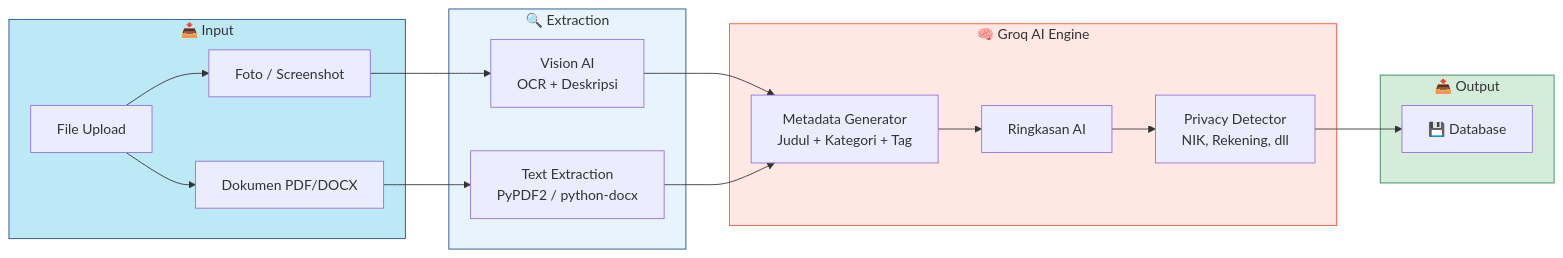
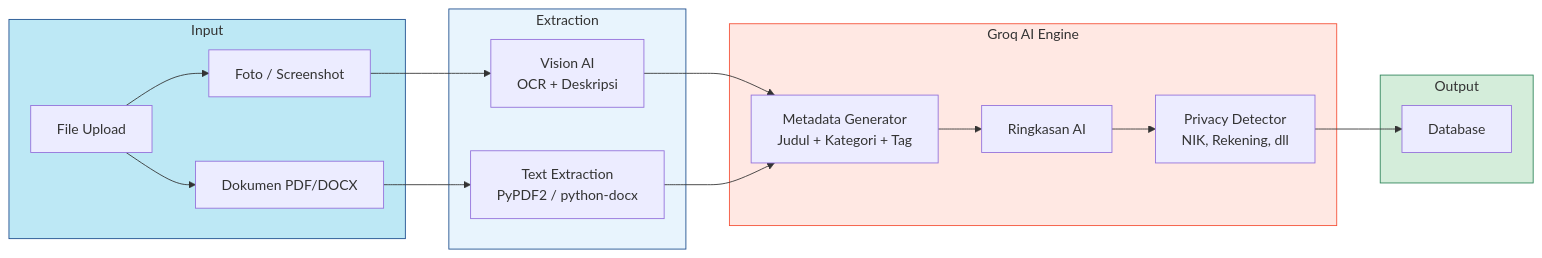
One commit to Sulthonikamalm/cloudtubes-gonanku changed the fourth of 7 diagrams in README.md. Above: the diagram before and after it, drawn with Mermaid. The commit also changed other lines of this file, not shown here.

````diff
--- a/README.md
+++ b/README.md
@@ -165,35 +165,35 @@
 ```mermaid
 graph LR
-    subgraph INPUT["📥 Input"]
+    subgraph INPUT["Input"]
         FILE["File Upload"]
         IMG["Foto / Screenshot"]
         DOC["Dokumen PDF/DOCX"]
     end
 
-    subgraph EXTRACT["🔍 Extraction"]
+    subgraph EXTRACT["Extraction"]
         OCR["Vision AI<br/>OCR + Deskripsi"]
         TXT["Text Extraction<br/>PyPDF2 / python-docx"]
     end
 
-    subgraph AI["🧠 Groq AI Engine"]
+    subgraph AI["Groq AI Engine"]
         META["Metadata Generator<br/>Judul + Kategori + Tag"]
         SUM["Ringkasan AI"]
         PRIV["Privacy Detector<br/>NIK, Rekening, dll"]
     end
 
-    subgraph OUTPUT["📤 Output"]
-        DB["💾 Database"]
+    subgraph OUTPUT["Output"]
+        DB["Database"]
     end
 
     FILE --> IMG & DOC
     IMG --> OCR
     DOC --> TXT
     OCR --> META
     TXT --> META
     META --> SUM --> PRIV --> DB
 
     style INPUT fill:#BDE8F5,stroke:#1C4D8D
     style EXTRACT fill:#E8F4FD,stroke:#1C4D8D
     style AI fill:#FFE8E3,stroke:#F55036
     style OUTPUT fill:#D4EDDA,stroke:#2F855A
 ```
````
